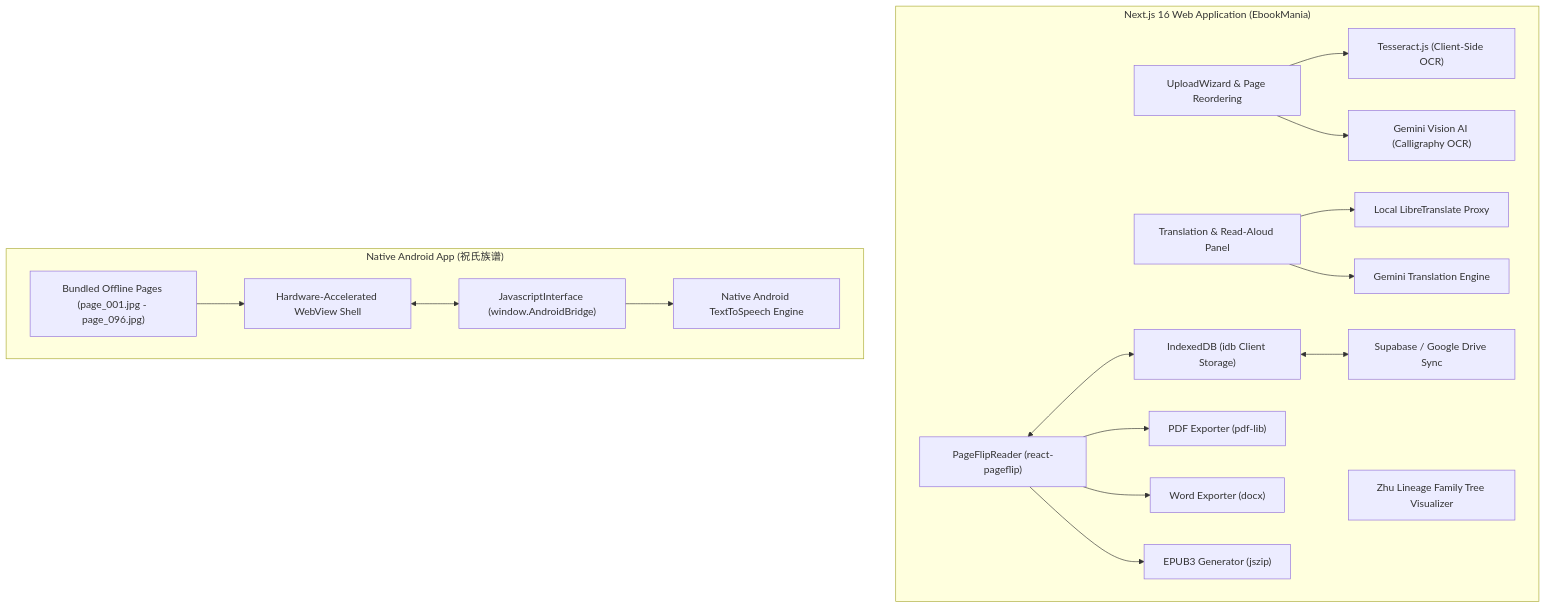
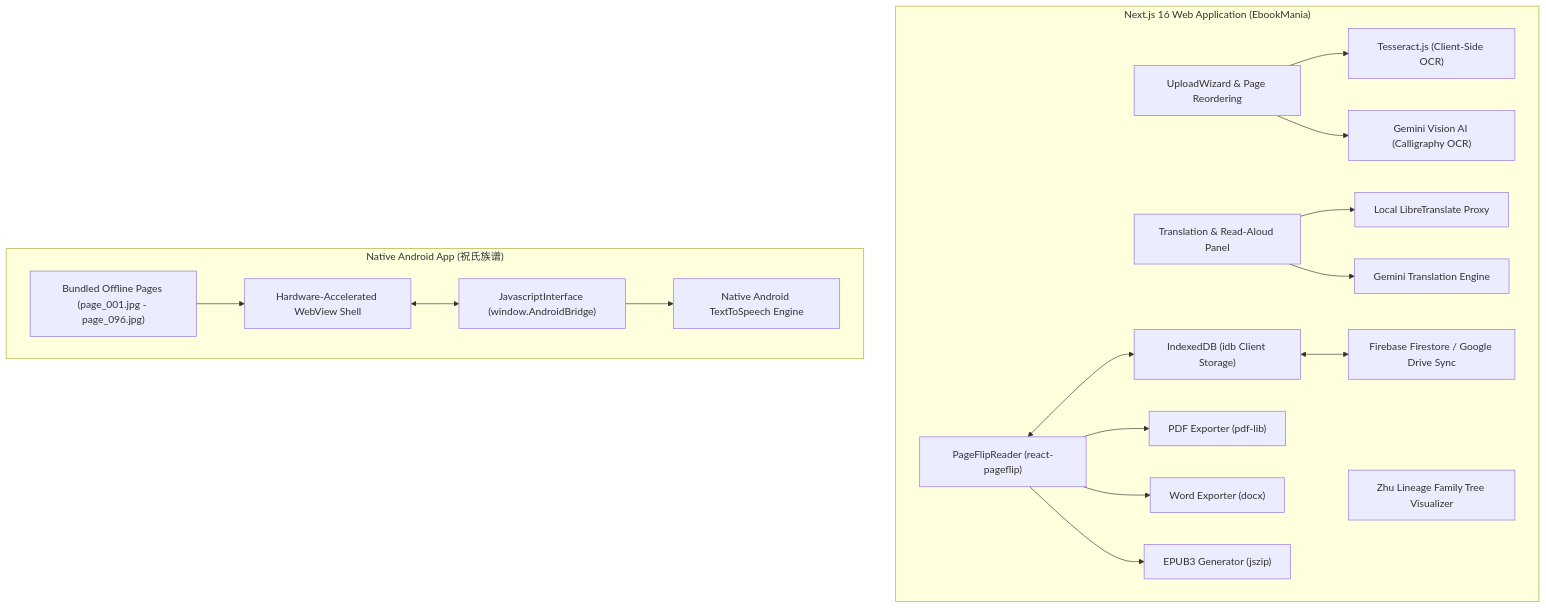
The diagram in README.md (drtim83/ebook_zhu), drawn with Mermaid before and after one commit. The commit also changed other lines of this file and 15 other files, not shown here.

Commit message:
chore(firebase): remove legacy Supabase package, scripts, and references

````diff
--- a/README.md
+++ b/README.md
@@ -62,42 +62,42 @@
 ```mermaid
 graph TD
     subgraph WebApp ["Next.js 16 Web Application (EbookMania)"]
         UI_READER["PageFlipReader (react-pageflip)"]
         UI_TREE["Zhu Lineage Family Tree Visualizer"]
         UI_WIZARD["UploadWizard & Page Reordering"]
         UI_TRANS["Translation & Read-Aloud Panel"]
         
         OCR_LOCAL["Tesseract.js (Client-Side OCR)"]
         OCR_AI["Gemini Vision AI (Calligraphy OCR)"]
         TRANS_LOCAL["Local LibreTranslate Proxy"]
         TRANS_AI["Gemini Translation Engine"]
         
         EXP_PDF["PDF Exporter (pdf-lib)"]
         EXP_DOCX["Word Exporter (docx)"]
         EXP_EPUB["EPUB3 Generator (jszip)"]
         
         DB_LOCAL["IndexedDB (idb Client Storage)"]
-        DB_CLOUD["Supabase / Google Drive Sync"]
+        DB_CLOUD["Firebase Firestore / Google Drive Sync"]
     end
 
     subgraph AndroidApp ["Native Android App (祝氏族谱)"]
         A_WV["Hardware-Accelerated WebView Shell"]
         A_ASSETS["Bundled Offline Pages (page_001.jpg - page_096.jpg)"]
         A_TTS["Native Android TextToSpeech Engine"]
         A_BRIDGE["JavascriptInterface (window.AndroidBridge)"]
         
         A_WV <--> A_BRIDGE
         A_BRIDGE --> A_TTS
         A_ASSETS --> A_WV
     end
 
     UI_READER <--> DB_LOCAL
     UI_WIZARD --> OCR_LOCAL
     UI_WIZARD --> OCR_AI
     UI_TRANS --> TRANS_LOCAL
     UI_TRANS --> TRANS_AI
     UI_READER --> EXP_PDF
     UI_READER --> EXP_DOCX
     UI_READER --> EXP_EPUB
     DB_LOCAL <--> DB_CLOUD
 ```
````
